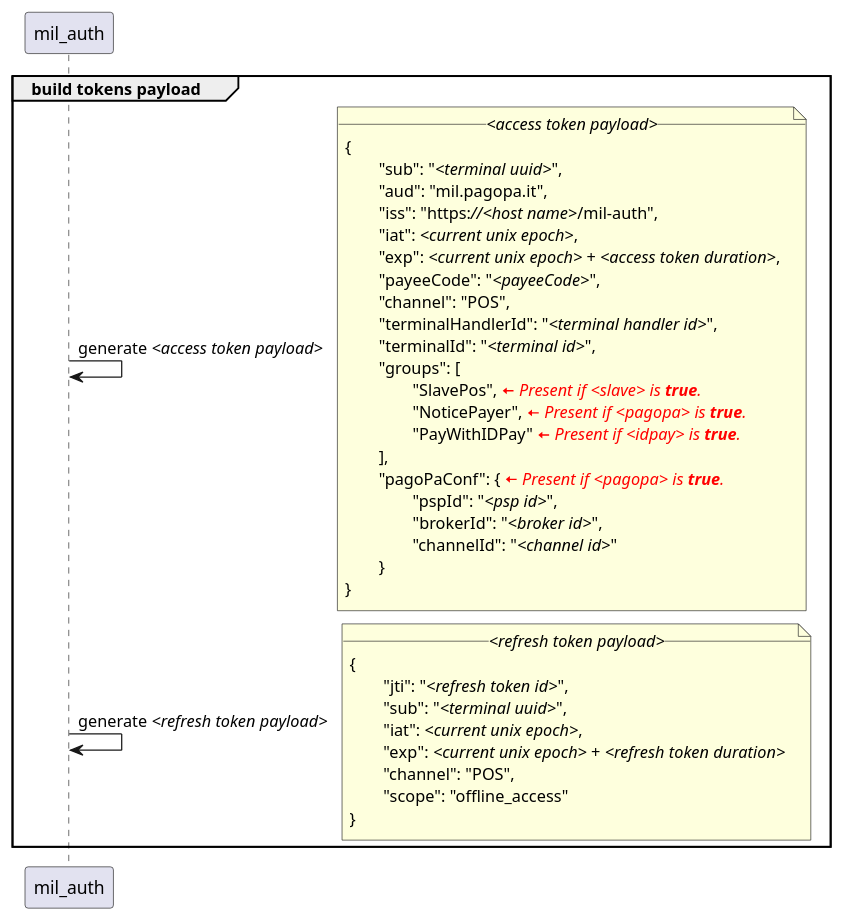
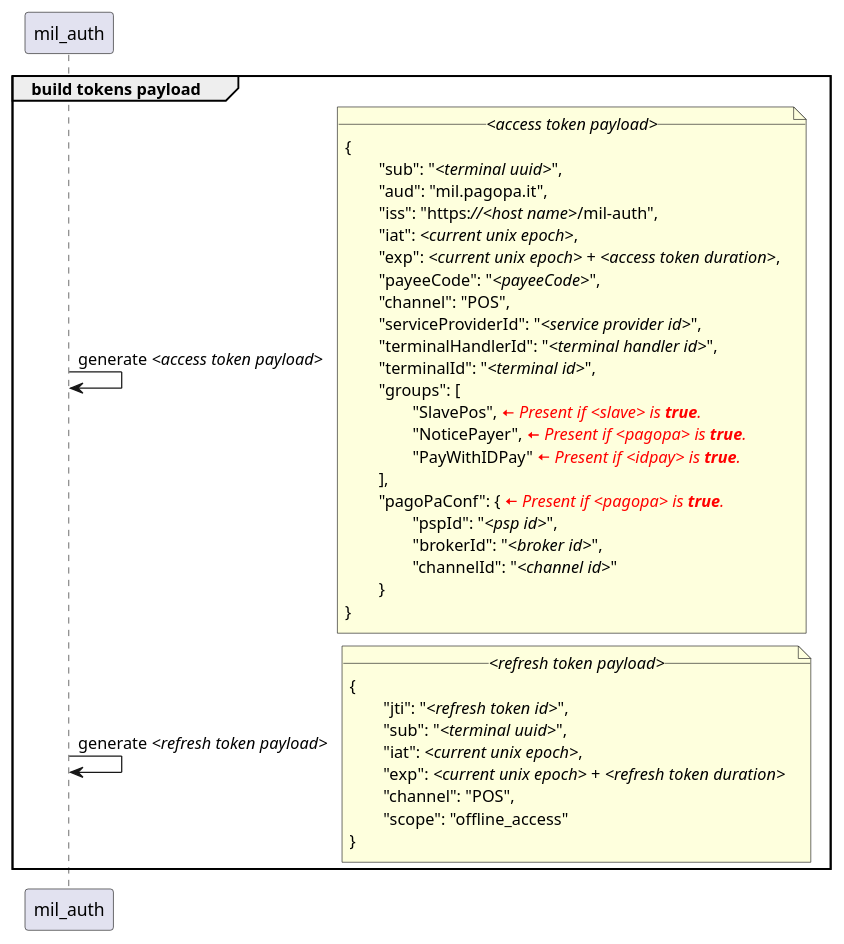
One commit to pagopa/mil-diags changed the diagram in sequence_diags/pagoPA/pos_authorization/build_tokens_payload.puml. Above: the diagram before and after it, drawn with PlantUML. The commit also changed 32 other files, not shown here.

```diff
--- a/sequence_diags/pagoPA/pos_authorization/build_tokens_payload.puml
+++ b/sequence_diags/pagoPA/pos_authorization/build_tokens_payload.puml
@@ -1,40 +1,41 @@
 group build tokens payload
 	mil_auth -> mil_auth : generate //<access token payload>//
 		note right
 			__//<access token payload>//__
 			{
 				"sub": "//<terminal uuid>//",
 				"aud": "mil.pagopa.it",
 				"iss": "https:////<host name>///mil-auth",
 				"iat": //<current unix epoch>//,
 				"exp": //<current unix epoch>// + //<access token duration>//,
 				"payeeCode": "//<payeeCode>//",
 				"channel": "POS",
+				"serviceProviderId": "//<service provider id>//",
 				"terminalHandlerId": "//<terminal handler id>//",
 				"terminalId": "//<terminal id>//",
 				"groups": [
 					"SlavePos", <font color="red"><&arrow-left> //Present if <slave> is **true**.//</font>
 					"NoticePayer", <font color="red"><&arrow-left> //Present if <pagopa> is **true**.//</font>
 					"PayWithIDPay" <font color="red"><&arrow-left> //Present if <idpay> is **true**.//</font>
 				],
 				"pagoPaConf": { <font color="red"><&arrow-left> //Present if <pagopa> is **true**.//</font>
 					"pspId": "//<psp id>//",
 					"brokerId": "//<broker id>//",
 					"channelId": "//<channel id>//"
 				}
 			}
 		end note
 
 	mil_auth -> mil_auth : generate //<refresh token payload>//
 		note right
 			__//<refresh token payload>//__
 			{
 				"jti": "//<refresh token id>//",
 				"sub": "//<terminal uuid>//",
 				"iat": //<current unix epoch>//,
 				"exp": //<current unix epoch>// + //<refresh token duration>//
 				"channel": "POS",
 				"scope": "offline_access"
 			}
 		end note
 end
```
